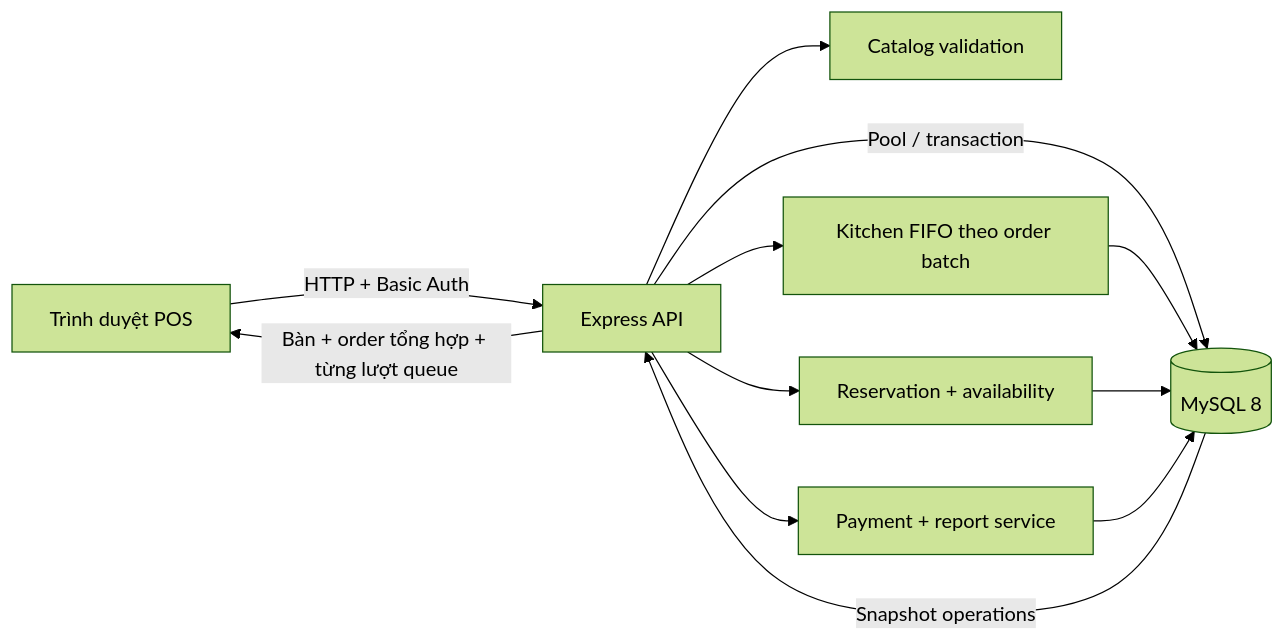
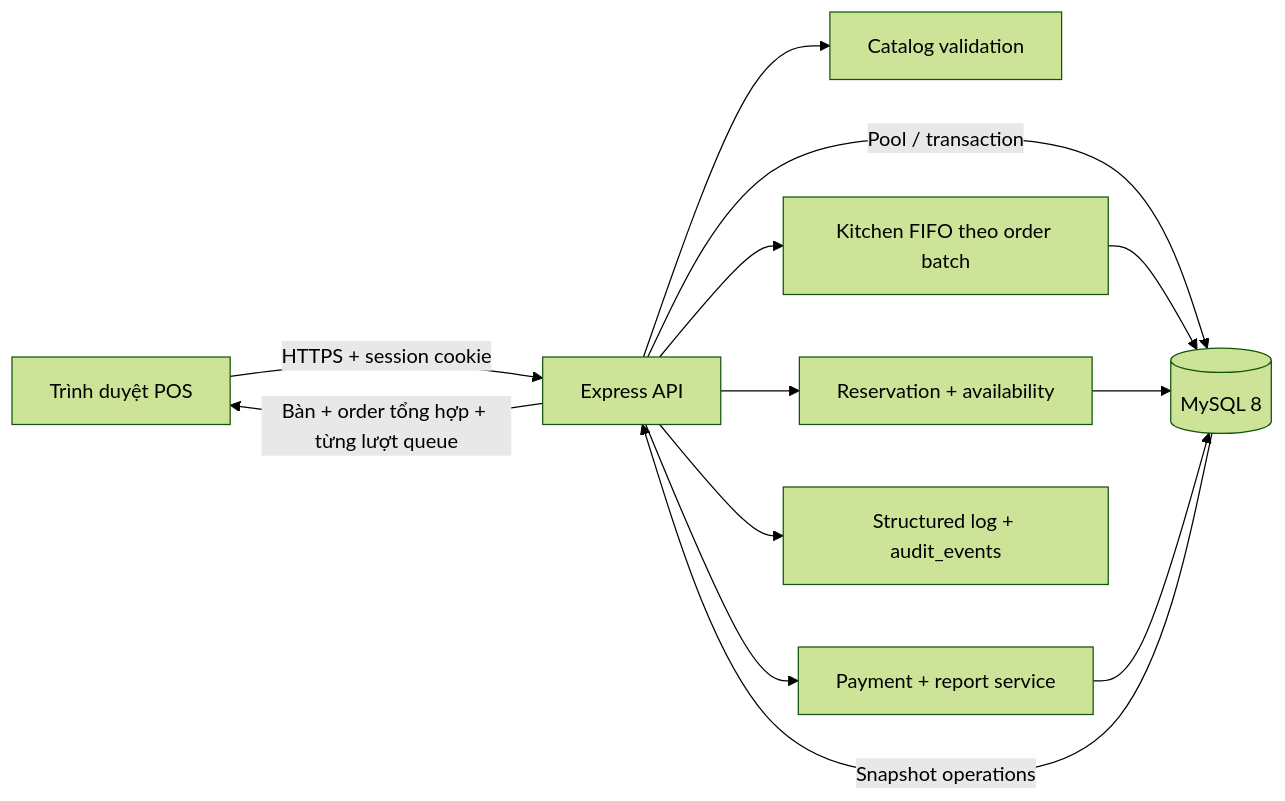
Before and after one commit to Bao0807/Restaurant_CASv2: the first of 2 diagrams in README.md, drawn with Mermaid (forest theme). The commit also changed other lines of this file and 60 other files, not shown here.

````diff
--- a/README.md
+++ b/README.md
@@ -156,14 +165,15 @@
 ```mermaid
 flowchart LR
-  U[Trình duyệt POS] -->|HTTP + Basic Auth| A[Express API]
+  U[Trình duyệt POS] -->|HTTPS + session cookie| A[Express API]
   A -->|Pool / transaction| D[(MySQL 8)]
   A --> C[Catalog validation]
   A --> Q[Kitchen FIFO theo order batch]
   A --> R[Reservation + availability]
   A --> P[Payment + report service]
+  A --> L[Structured log + audit_events]
   Q --> D
   R --> D
   P --> D
   D -->|Snapshot operations| A
   A -->|Bàn + order tổng hợp + từng lượt queue| U
 ```
````
